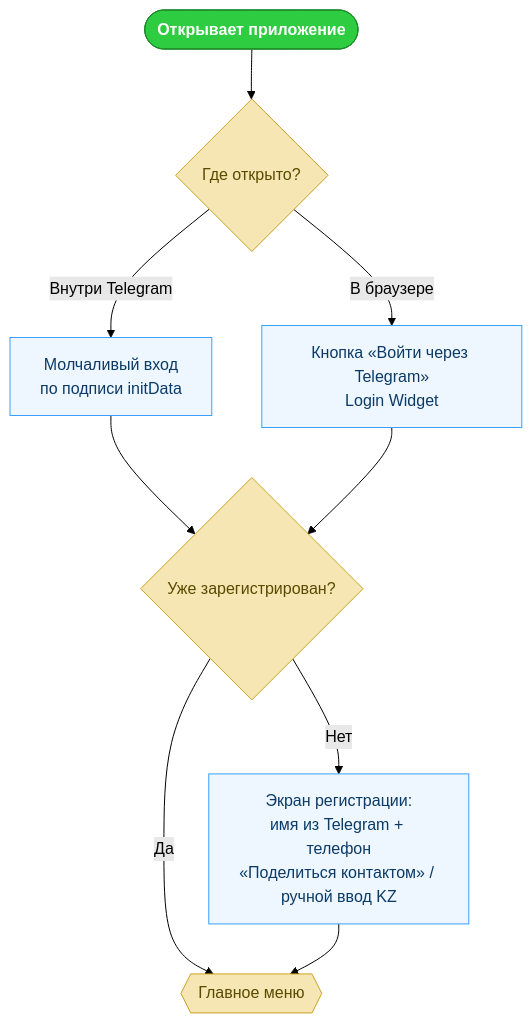
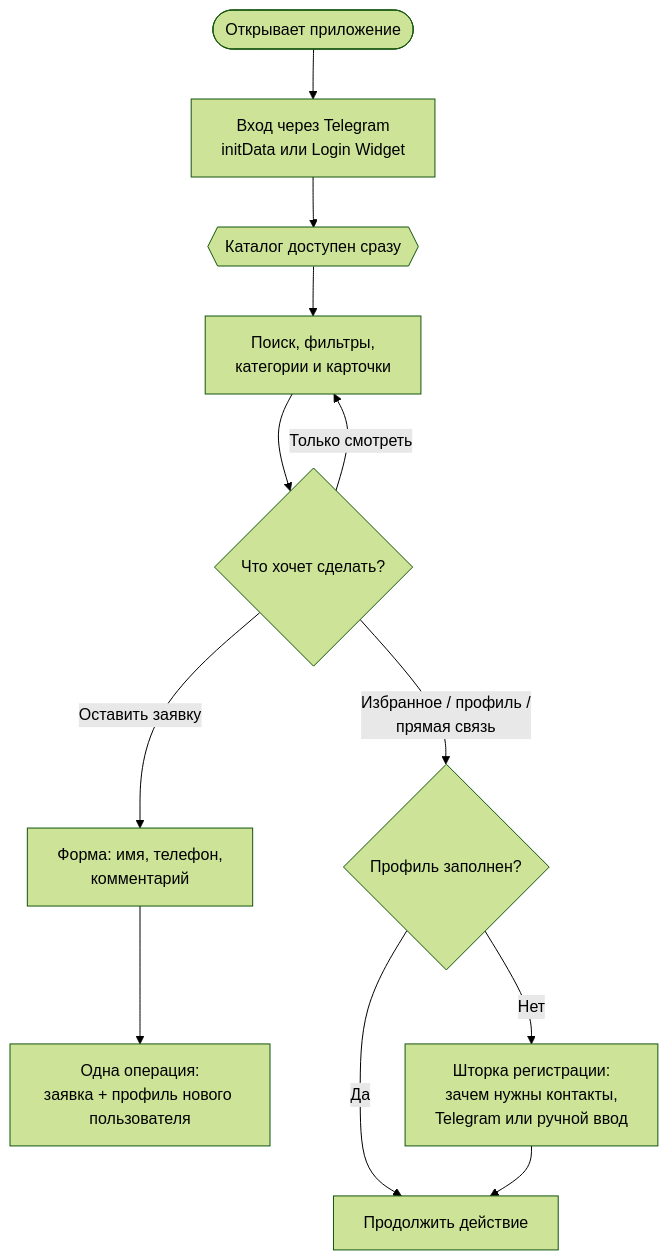
The first of 4 diagrams in USER_FLOW.md (bullbashechka/AgroMarketKZ), drawn with Mermaid (forest theme) before and after one commit. The commit also changed other lines of this file and 80 other files, not shown here.

Commit message:
Refactor app flows, contracts, and UI state handling

````diff
--- a/USER_FLOW.md
+++ b/USER_FLOW.md
@@ -9,18 +9,14 @@
 ```mermaid
 flowchart TD
-Open([Открывает приложение]) --> Where{Где открыто?}
-Where -->|Внутри Telegram| TG[Молчаливый вход<br/>по подписи initData]
-Where -->|В браузере| Widget[Кнопка «Войти через Telegram»<br/>Login Widget]
-TG --> Wall{Уже зарегистрирован?}
-Widget --> Wall
-Wall -->|Нет| RegForm[Экран регистрации:<br/>имя из Telegram + телефон<br/>«Поделиться контактом» / ручной ввод KZ]
-Wall -->|Да| Home{{Главное меню}}
-RegForm --> Home
-
-classDef entry fill:#2ecc40,stroke:#1e8a2a,color:#fff,font-weight:bold
-classDef screen fill:#eef7ff,stroke:#3aa0ff,color:#0b3a66
-classDef action fill:#f5e6b3,stroke:#c9a227,color:#5a4a00
-class Open entry
-class TG,Widget,RegForm screen
-class Home,Where,Wall action
+Open([Открывает приложение]) --> Auth[Вход через Telegram<br/>initData или Login Widget]
+Auth --> Catalog{{Каталог доступен сразу}}
+Catalog --> Browse[Поиск, фильтры,<br/>категории и карточки]
+Browse --> Intent{Что хочет сделать?}
+Intent -->|Только смотреть| Browse
+Intent -->|Оставить заявку| Request[Форма: имя, телефон,<br/>комментарий]
+Intent -->|Избранное / профиль /<br/>прямая связь| Registered{Профиль заполнен?}
+Registered -->|Да| Continue[Продолжить действие]
+Registered -->|Нет| Reg[Шторка регистрации:<br/>зачем нужны контакты,<br/>Telegram или ручной ввод]
+Reg --> Continue
+Request --> Atomic[Одна операция:<br/>заявка + профиль нового пользователя]
 ```
````
